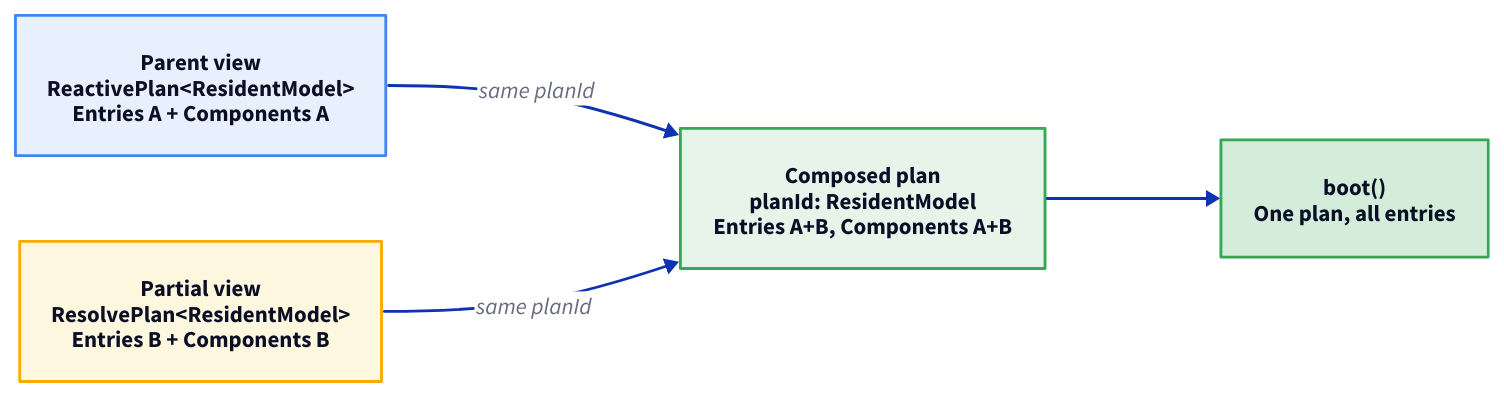
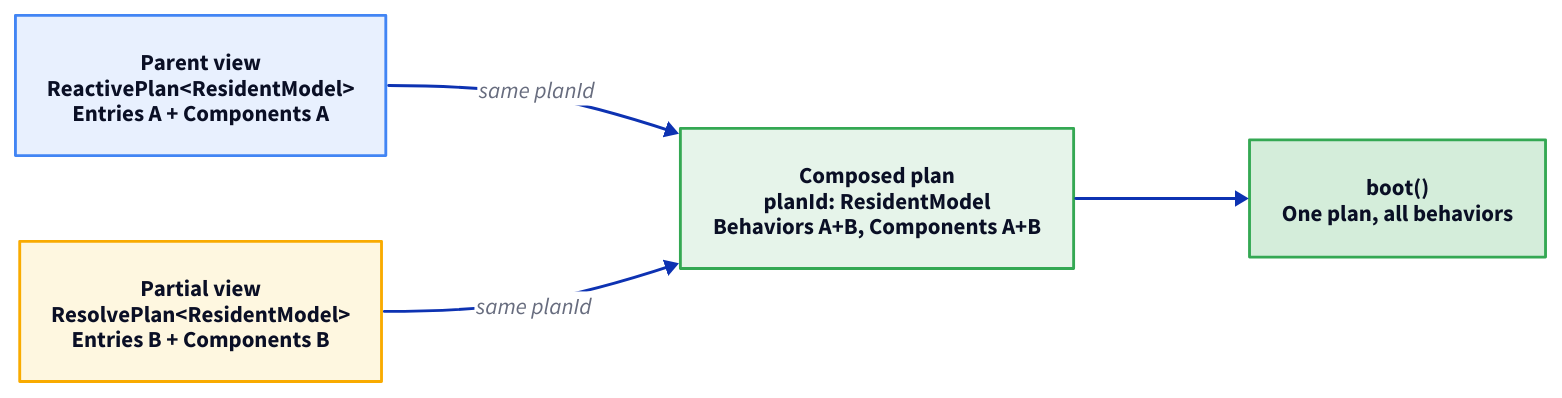
The second of 3 diagrams in docs-site/src/content/docs/architecture/plan-composition.mdx (marafiq/alis-reactive), drawn with D2 before and after one commit. The commit also changed other lines of this file and 17 other files, not shown here.

````diff
--- a/docs-site/src/content/docs/architecture/plan-composition.mdx
+++ b/docs-site/src/content/docs/architecture/plan-composition.mdx
@@ -46,32 +46,32 @@
 ```d2
 direction: right
 
 parent: "Parent view\nReactivePlan<ResidentModel>\nEntries A + Components A" {
   shape: rectangle
   style.fill: "#e8f0fe"
   style.stroke: "#4285f4"
   style.font-size: 16
 }
 partial: "Partial view\nResolvePlan<ResidentModel>\nEntries B + Components B" {
   shape: rectangle
   style.fill: "#fef7e0"
   style.stroke: "#f9ab00"
   style.font-size: 16
 }
-merged: "Composed plan\nplanId: ResidentModel\nEntries A+B, Components A+B" {
+merged: "Composed plan\nplanId: ResidentModel\nBehaviors A+B, Components A+B" {
   shape: rectangle
   style.fill: "#e6f4ea"
   style.stroke: "#34a853"
   style.font-size: 16
 }
-boot: "boot()\nOne plan, all entries" {
+boot: "boot()\nOne plan, all behaviors" {
   shape: rectangle
   style.fill: "#d4edda"
   style.stroke: "#34a853"
   style.font-size: 16
 }
 
 parent -> merged: same planId
 partial -> merged: same planId
 merged -> boot
 ```
````
